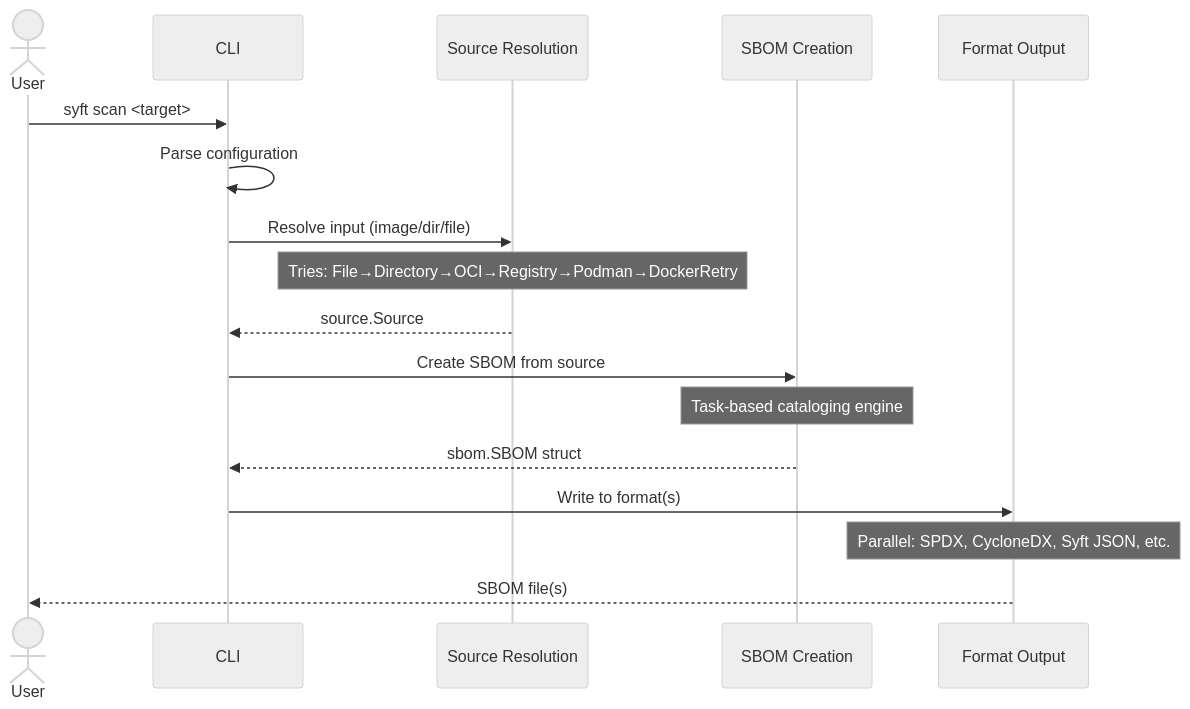
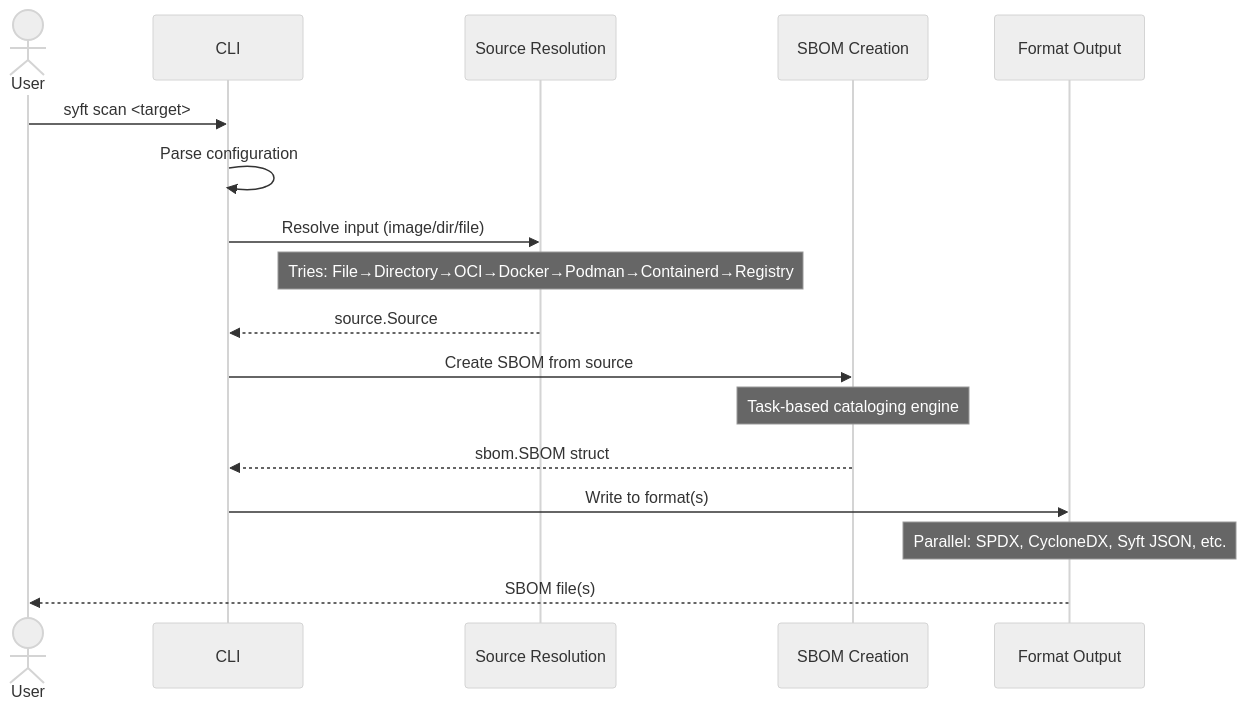
Before and after one commit to anchore-oss-update-bot/oss-docs: the first of 2 diagrams in content/docs/architecture/syft.md, drawn with Mermaid (neutral theme). The commit also changed other lines of this file and 4 other files, not shown here.

````diff
--- a/content/docs/architecture/syft.md
+++ b/content/docs/architecture/syft.md
@@ -43,24 +43,24 @@
 ```mermaid
 sequenceDiagram
     actor User
     participant CLI
     participant Resolve as Source Resolution
     participant Catalog as SBOM Creation
     participant Format as Format Output
 
     User->>CLI: syft scan <target>
     CLI->>CLI: Parse configuration
 
     CLI->>Resolve: Resolve input (image/dir/file)
-    Note over Resolve: Tries: File→Directory→OCI→Registry→Podman→DockerRetry
+    Note over Resolve: Tries: File→Directory→OCI→Docker→Podman→Containerd→Registry
     Resolve-->>CLI: source.Source
 
     CLI->>Catalog: Create SBOM from source
     Note over Catalog: Task-based cataloging engine
     Catalog-->>CLI: sbom.SBOM struct
 
     CLI->>Format: Write to format(s)
     Note over Format: Parallel: SPDX, CycloneDX, Syft JSON, etc.
     Format-->>User: SBOM file(s)
 
 ```
````
